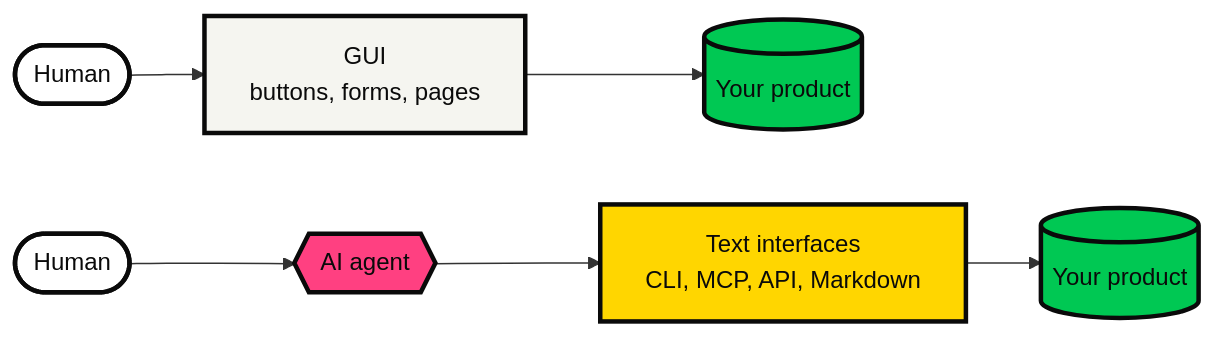
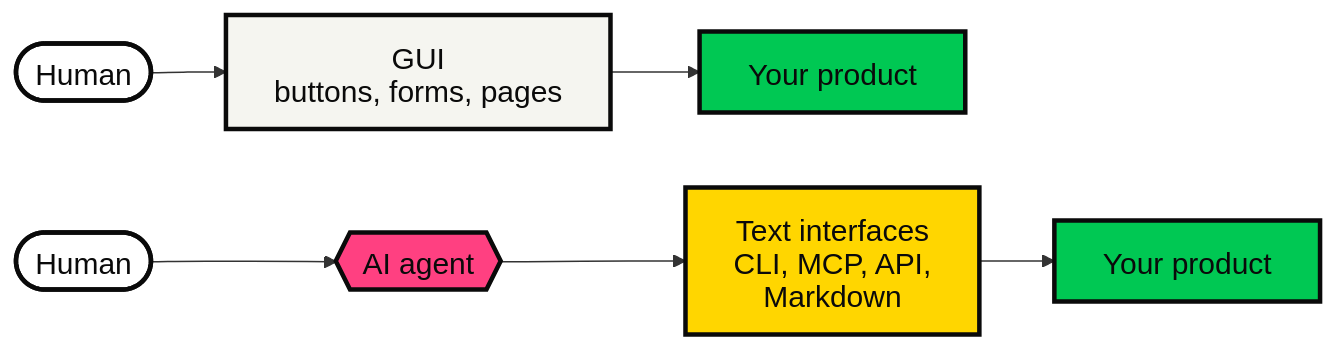
One commit to IndrajeetPatil/software-for-agentic-age changed the first of 3 diagrams in index.qmd. Above: the diagram before and after it, drawn with Mermaid. The commit also changed other lines of this file and 2 other files, not shown here.

First line of the commit message:
fix(deck): stabilize mermaid labels and copy

````diff
--- a/index.qmd
+++ b/index.qmd
@@ -106,18 +106,19 @@
 ```{mermaid}
 %%| eval: true
 %%| echo: false
+%%{init: {"htmlLabels": false, "flowchart": {"htmlLabels": false, "padding": 16}, "themeVariables": {"fontFamily": "Space Grotesk, sans-serif", "fontSize": "20px"}}}%%
 flowchart LR
-    H1([Human]) --> G[GUI<br/>buttons, forms, pages] --> P1[(Your product)]
-    H2([Human]) --> A{{AI agent}} --> T[Text interfaces<br/>CLI, MCP, API, Markdown] --> P2[(Your product)]
+    H1([Human]) --> G[GUI<br/>buttons, forms, pages] --> P1[Your product]
+    H2([Human]) --> A{{AI agent}} --> T[Text interfaces<br/>CLI, MCP, API, Markdown] --> P2[Your product]
 
     classDef human fill:#ffffff,stroke:#0a0a0a,stroke-width:3px,color:#0a0a0a
     classDef old fill:#f5f5f0,stroke:#0a0a0a,stroke-width:3px,color:#0a0a0a
     classDef agent fill:#ff4081,stroke:#0a0a0a,stroke-width:3px,color:#0a0a0a
     classDef new fill:#ffd600,stroke:#0a0a0a,stroke-width:3px,color:#0a0a0a
     classDef product fill:#00c853,stroke:#0a0a0a,stroke-width:3px,color:#0a0a0a
     class H1,H2 human
     class G old
     class A agent
     class T new
     class P1,P2 product
 ```
````
